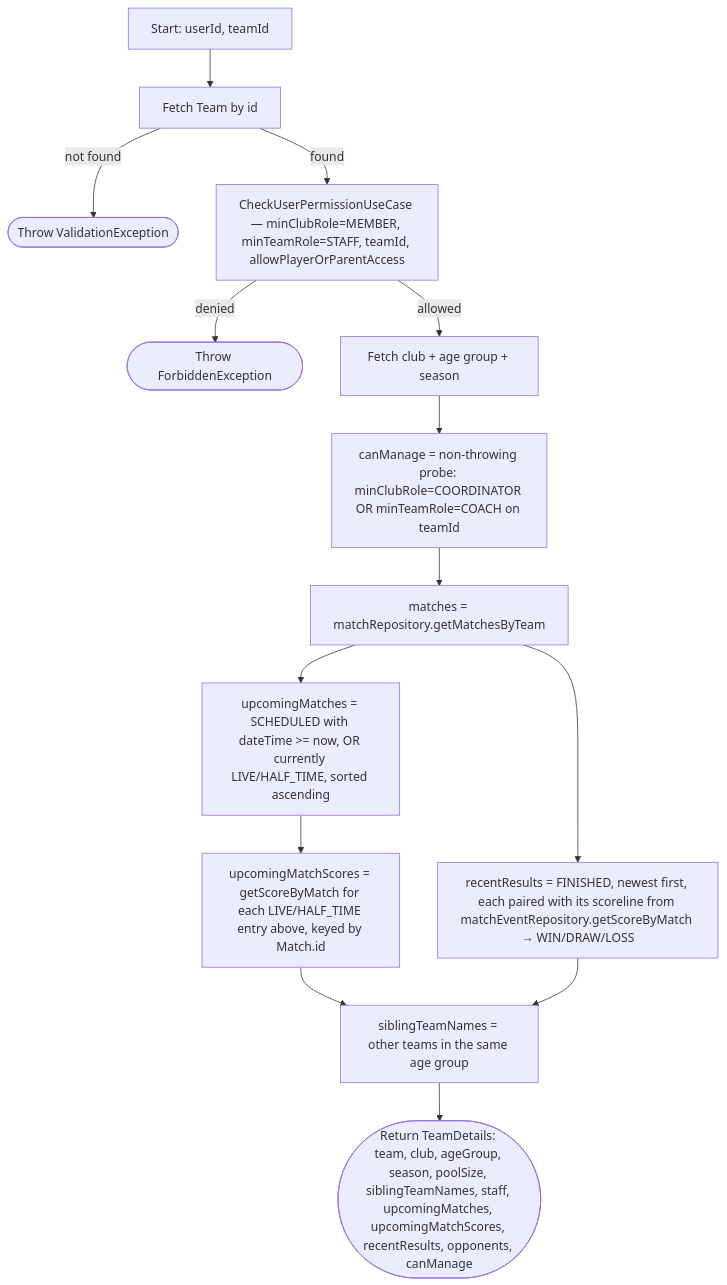
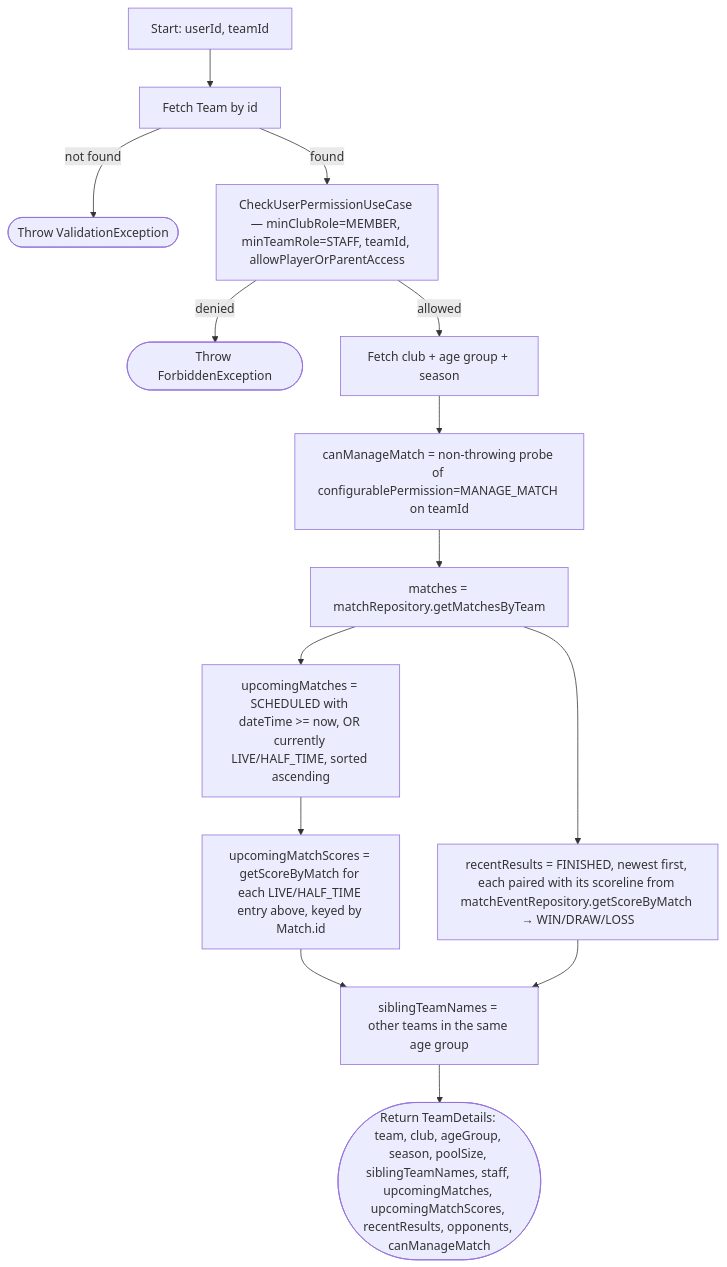
Before and after one commit to ricardofrango/squadify: diagram 30 of 57 in PROCESS_FLOWS.md, drawn with Mermaid. The commit also changed other lines of this file and 30 other files, not shown here.

First line of the commit message:
Make permission-gated UI actually track club permissions, add friendly denial messages

````diff
--- a/PROCESS_FLOWS.md
+++ b/PROCESS_FLOWS.md
@@ -575,16 +577,16 @@
 ```mermaid
 graph TD
     A[Start: userId, teamId] --> B[Fetch Team by id]
     B -- not found --> N(["Throw ValidationException"])
     B -- found --> C[CheckUserPermissionUseCase — minClubRole=MEMBER, minTeamRole=STAFF, teamId, allowPlayerOrParentAccess]
     C -- denied --> F(["Throw ForbiddenException"])
     C -- allowed --> D[Fetch club + age group + season]
-    D --> G["canManage = non-throwing probe: minClubRole=COORDINATOR OR minTeamRole=COACH on teamId"]
+    D --> G["canManageMatch = non-throwing probe of configurablePermission=MANAGE_MATCH on teamId"]
     G --> H[matches = matchRepository.getMatchesByTeam]
     H --> I["upcomingMatches = SCHEDULED with dateTime >= now, OR currently LIVE/HALF_TIME, sorted ascending"]
     I --> I2["upcomingMatchScores = getScoreByMatch for each LIVE/HALF_TIME entry above, keyed by Match.id"]
     H --> J["recentResults = FINISHED, newest first, each paired with its scoreline from matchEventRepository.getScoreByMatch → WIN/DRAW/LOSS"]
     I2 --> K[siblingTeamNames = other teams in the same age group]
     J --> K
-    K --> Z(["Return TeamDetails: team, club, ageGroup, season, poolSize, siblingTeamNames, staff, upcomingMatches, upcomingMatchScores, recentResults, opponents, canManage"])
+    K --> Z(["Return TeamDetails: team, club, ageGroup, season, poolSize, siblingTeamNames, staff, upcomingMatches, upcomingMatchScores, recentResults, opponents, canManageMatch"])
 ```
````
